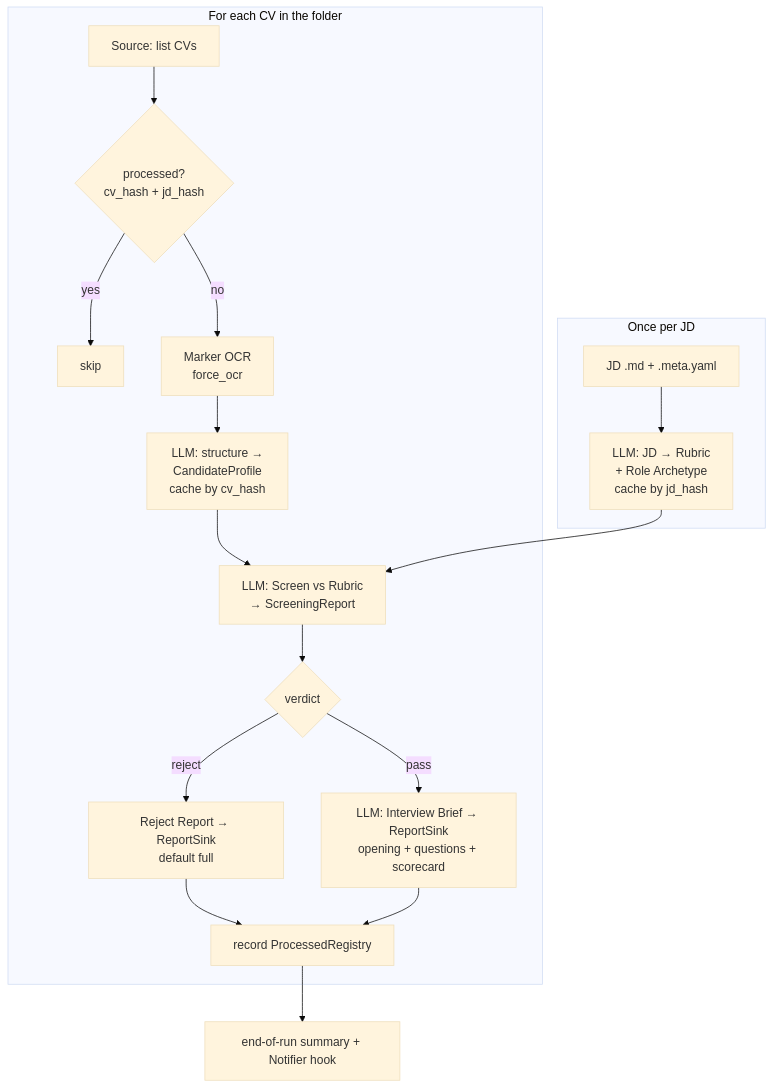
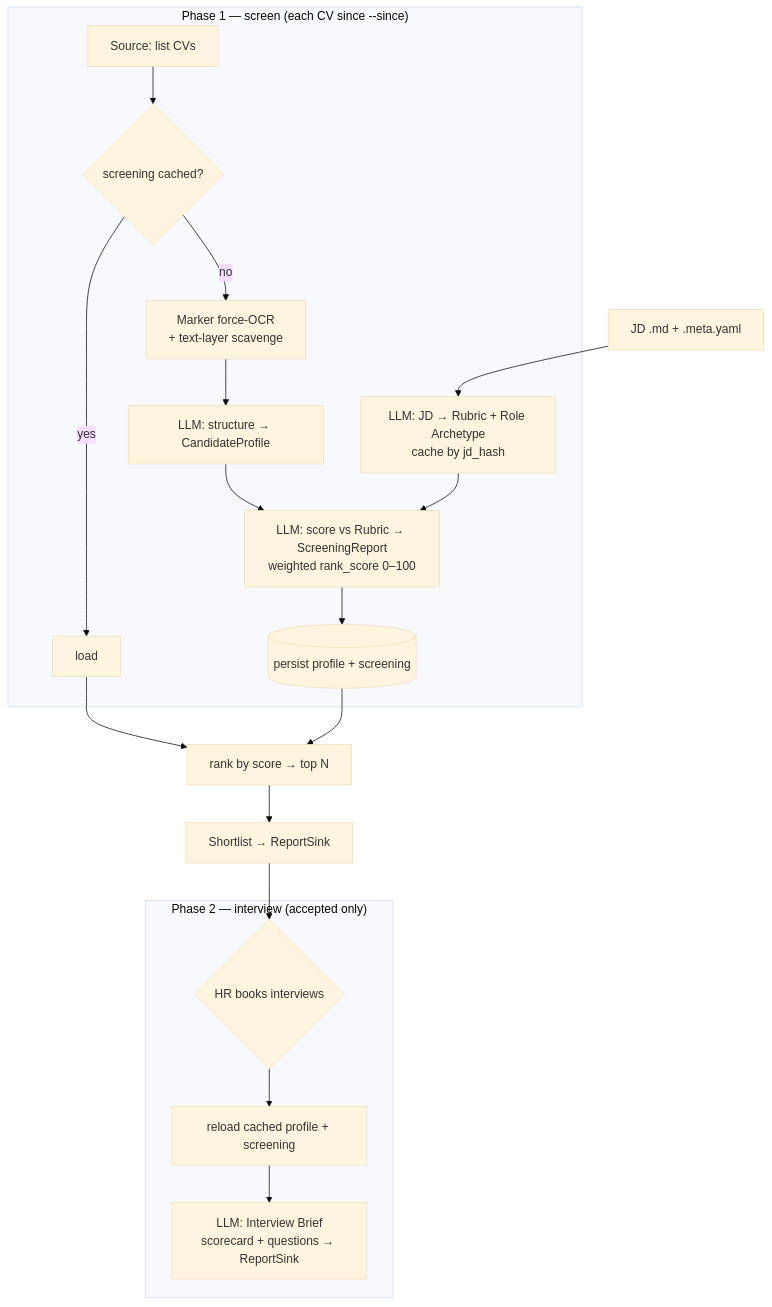
Before and after one commit to kpkonghk01/cv-agent: the diagram in README.md, drawn with Mermaid (base theme). The commit also changed other lines of this file and 4 other files, not shown here.

First line of the commit message:
docs: two-phase workflow, rank scoring, Google Drive setup, ADR 0005

````diff
--- a/README.md
+++ b/README.md
@@ -16,20 +16,21 @@
 ```mermaid
 flowchart TD
-    subgraph perJD[Once per JD]
-        JD[JD .md + .meta.yaml] --> RUBRIC[LLM: JD → Rubric<br/>+ Role Archetype<br/>cache by jd_hash]
+    JD[JD .md + .meta.yaml] --> RUBRIC[LLM: JD → Rubric + Role Archetype<br/>cache by jd_hash]
+    subgraph P1["Phase 1 — screen (each CV since --since)"]
+        SRC[Source: list CVs] --> CACHED{screening cached?}
+        CACHED -- yes --> LOAD[load]
+        CACHED -- no --> OCR[Marker force-OCR<br/>+ text-layer scavenge]
+        OCR --> STRUCT[LLM: structure → CandidateProfile]
+        STRUCT --> SCORE[LLM: score vs Rubric → ScreeningReport<br/>weighted rank_score 0–100]
+        RUBRIC --> SCORE
+        SCORE --> PERSIST[(persist profile + screening)]
     end
-    subgraph perCV[For each CV in the folder]
-        SRC[Source: list CVs] --> DEDUP{processed?<br/>cv_hash + jd_hash}
-        DEDUP -- yes --> SKIP[skip]
-        DEDUP -- no --> OCR[Marker OCR<br/>force_ocr]
-        OCR --> STRUCT[LLM: structure →<br/>CandidateProfile<br/>cache by cv_hash]
-        STRUCT --> SCREEN[LLM: Screen vs Rubric<br/>→ ScreeningReport]
-        RUBRIC --> SCREEN
-        SCREEN --> VERDICT{verdict}
-        VERDICT -- reject --> REJ[Reject Report → ReportSink<br/>default full]
-        VERDICT -- pass --> BRIEF[LLM: Interview Brief → ReportSink<br/>opening + questions + scorecard]
-        REJ --> REG[record ProcessedRegistry]
-        BRIEF --> REG
+    PERSIST --> RANK[rank by score → top N]
+    LOAD --> RANK
+    RANK --> SHORT[Shortlist → ReportSink]
+    SHORT --> HR{HR books interviews}
+    subgraph P2["Phase 2 — interview (accepted only)"]
+        HR --> RELOAD[reload cached profile + screening]
+        RELOAD --> BRIEF[LLM: Interview Brief<br/>scorecard + questions → ReportSink]
     end
-    REG --> SUM[end-of-run summary + Notifier hook]
 ```
````
